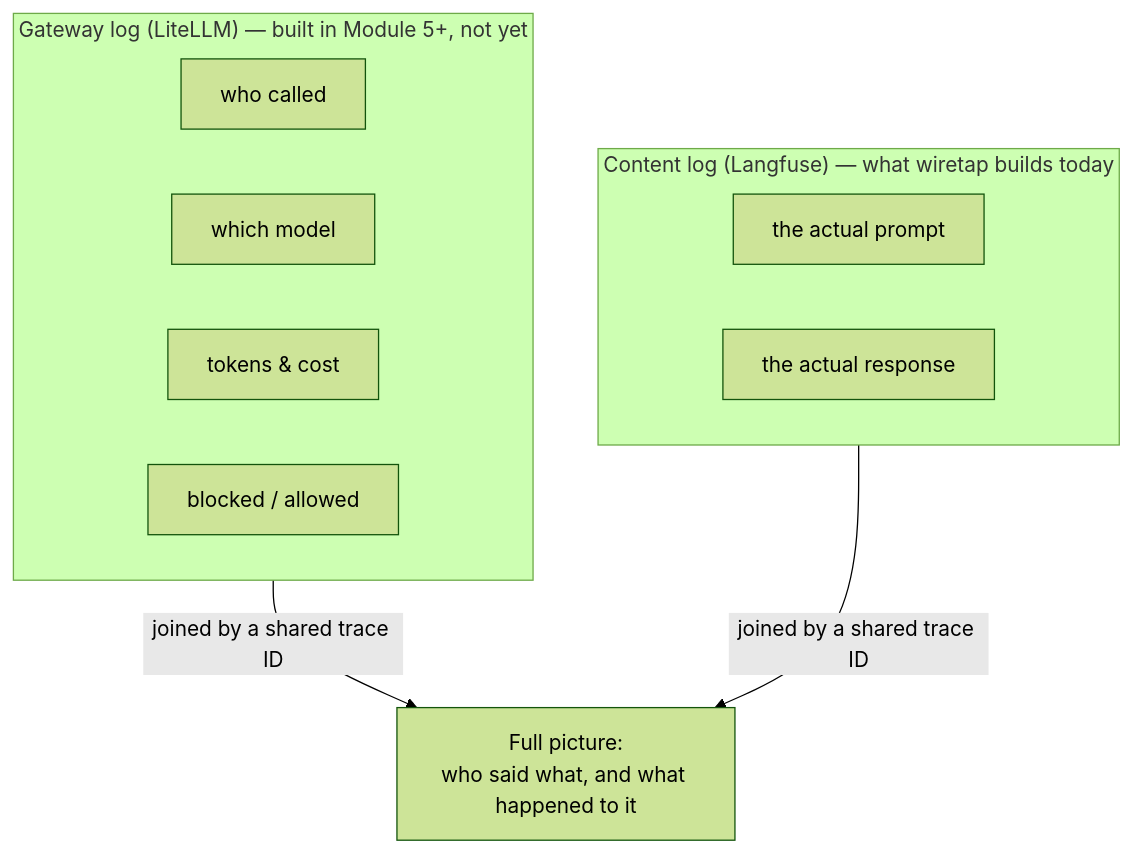
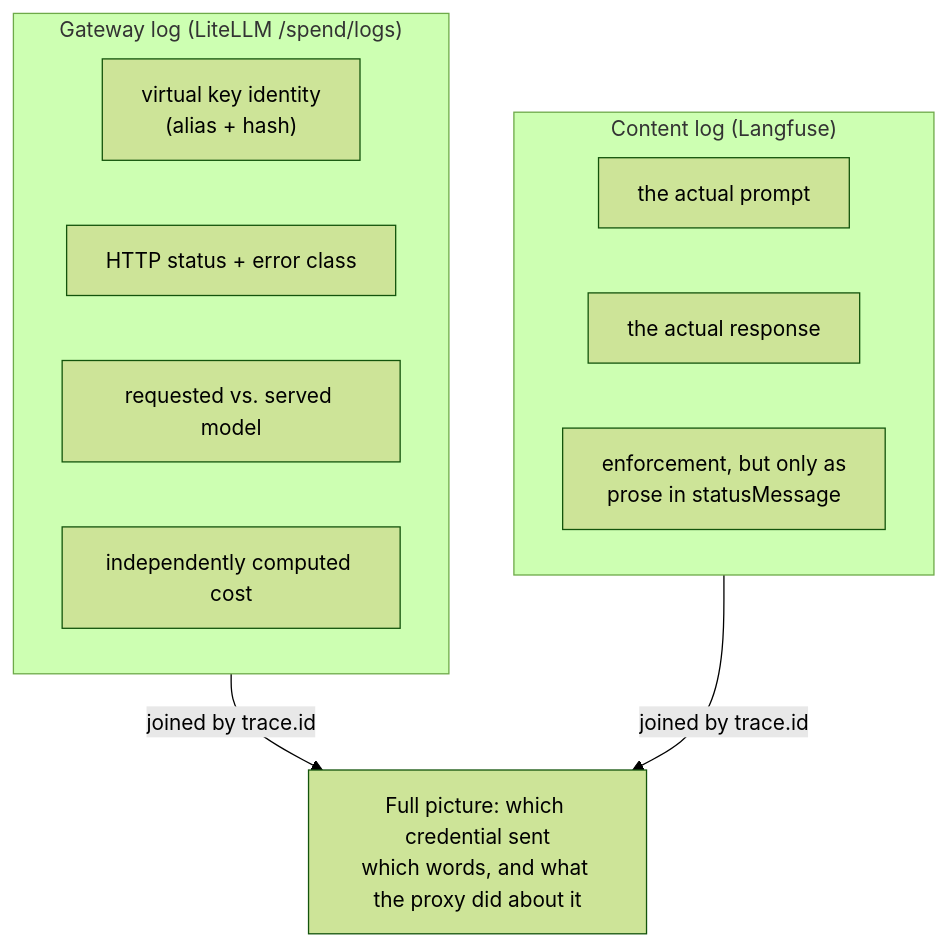
Before and after one commit to Anwesh-Mahapatra/wiretap: the first of 5 diagrams in arch.md, drawn with Mermaid (forest theme). The commit also changed other lines of this file and 38 other files, not shown here.

````diff
--- a/arch.md
+++ b/arch.md
@@ -39,15 +66,16 @@
 ```mermaid
 flowchart TB
-    subgraph gateway["Gateway log (LiteLLM) — built in Module 5+, not yet"]
-        G1["who called"]
-        G2["which model"]
-        G3["tokens & cost"]
-        G4["blocked / allowed"]
+    subgraph gateway["Gateway log (LiteLLM /spend/logs)"]
+        G1["virtual key identity<br/>(alias + hash)"]
+        G2["HTTP status + error class"]
+        G3["requested vs. served model"]
+        G4["independently computed cost"]
     end
-    subgraph content["Content log (Langfuse) — what wiretap builds today"]
+    subgraph content["Content log (Langfuse)"]
         C1["the actual prompt"]
         C2["the actual response"]
+        C3["enforcement, but only as<br/>prose in statusMessage"]
     end
-    gateway -->|joined by a shared trace ID| both["Full picture:<br/>who said what, and what happened to it"]
-    content -->|joined by a shared trace ID| both
+    gateway -->|joined by trace.id| both["Full picture: which credential sent<br/>which words, and what the proxy did about it"]
+    content -->|joined by trace.id| both
 ```
````
